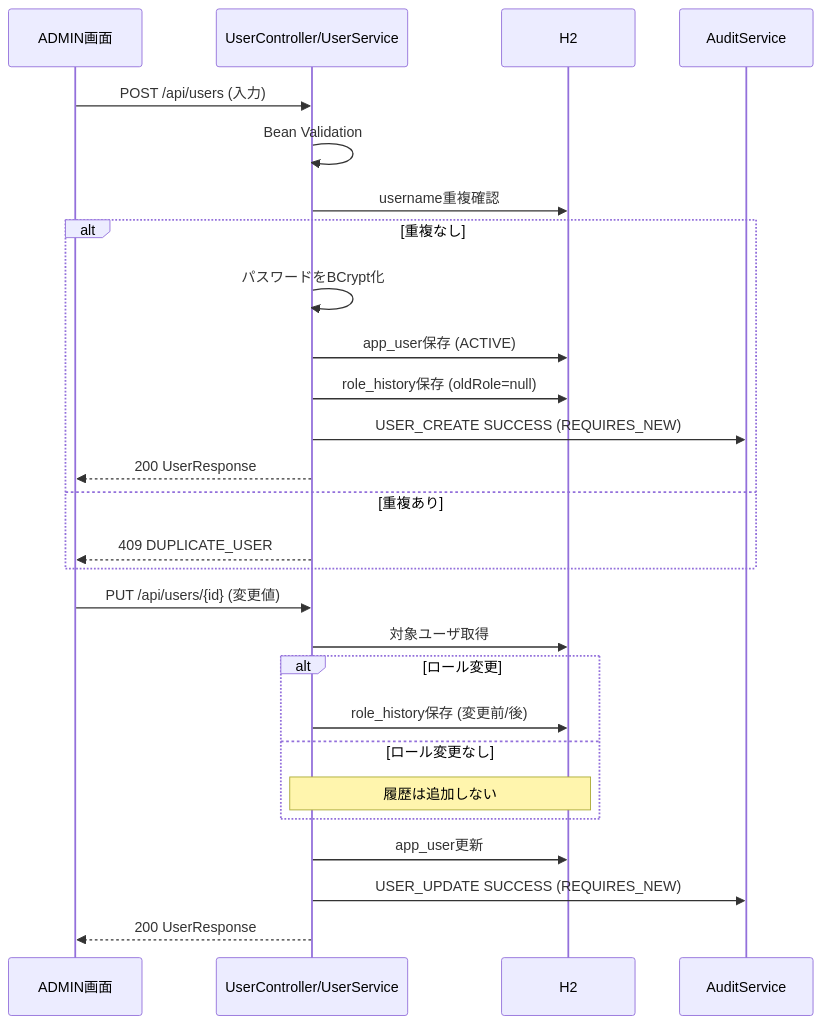
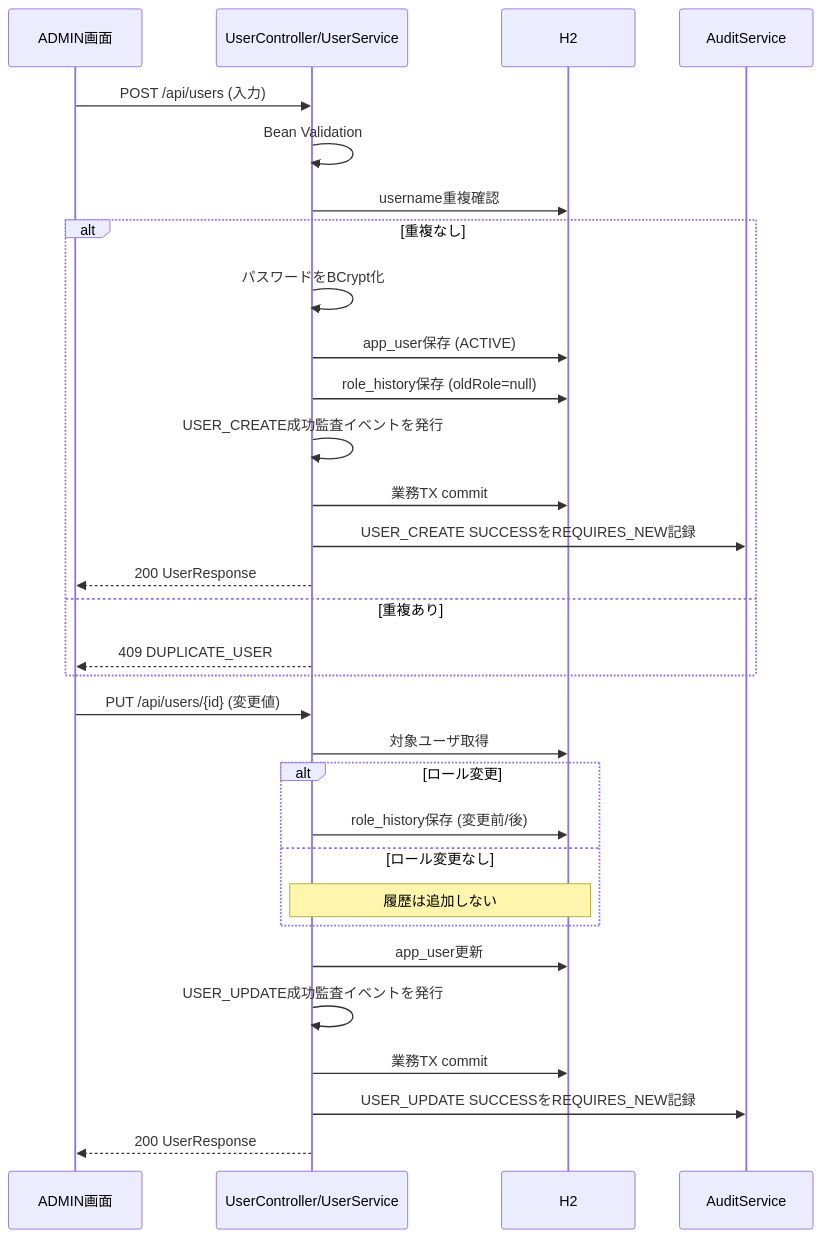
One commit to befoot1242/Learn_SampleApp changed the second of 5 diagrams in docs/4.詳細設計/details/processing-flow-design.md. Above: the diagram before and after it, drawn with Mermaid. The commit also changed other lines of this file and 20 other files, not shown here.

````diff
--- a/docs/4.詳細設計/details/processing-flow-design.md
+++ b/docs/4.詳細設計/details/processing-flow-design.md
@@ -46,31 +46,35 @@
 ```mermaid
 sequenceDiagram
     participant Admin as ADMIN画面
     participant BFF as UserController/UserService
     participant DB as H2
     participant Audit as AuditService
 
     Admin->>BFF: POST /api/users (入力)
     BFF->>BFF: Bean Validation
     BFF->>DB: username重複確認
     alt 重複なし
         BFF->>BFF: パスワードをBCrypt化
         BFF->>DB: app_user保存 (ACTIVE)
         BFF->>DB: role_history保存 (oldRole=null)
-        BFF->>Audit: USER_CREATE SUCCESS (REQUIRES_NEW)
+        BFF->>BFF: USER_CREATE成功監査イベントを発行
+        BFF->>DB: 業務TX commit
+        BFF->>Audit: USER_CREATE SUCCESSをREQUIRES_NEW記録
         BFF-->>Admin: 200 UserResponse
     else 重複あり
         BFF-->>Admin: 409 DUPLICATE_USER
     end
 
     Admin->>BFF: PUT /api/users/{id} (変更値)
     BFF->>DB: 対象ユーザ取得
     alt ロール変更
         BFF->>DB: role_history保存 (変更前/後)
     else ロール変更なし
         Note over BFF,DB: 履歴は追加しない
     end
     BFF->>DB: app_user更新
-    BFF->>Audit: USER_UPDATE SUCCESS (REQUIRES_NEW)
+    BFF->>BFF: USER_UPDATE成功監査イベントを発行
+    BFF->>DB: 業務TX commit
+    BFF->>Audit: USER_UPDATE SUCCESSをREQUIRES_NEW記録
     BFF-->>Admin: 200 UserResponse
 ```
````
